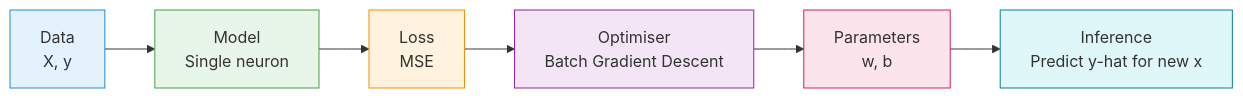
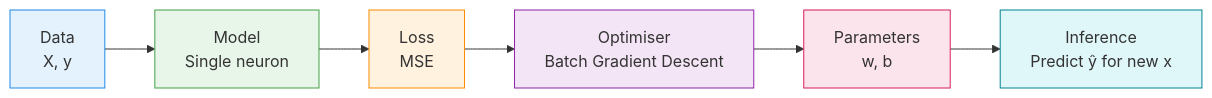
Before and after one commit to arshadhs/arshadhs.github.io: the first of 3 diagrams in content/docs/ai/deep-learning/linear-neural-networks-for-regression.md, drawn with Mermaid. The commit also changed other lines of this file and 1 other file, not shown here.

```diff
--- a/content/docs/ai/deep-learning/linear-neural-networks-for-regression.md
+++ b/content/docs/ai/deep-learning/linear-neural-networks-for-regression.md
@@ -41,16 +41,16 @@
 {{< mermaid >}}
 flowchart LR
   D["Data<br/>X, y"] --> M["Model<br/>Single neuron"]
   M --> L["Loss<br/>MSE"]
   L --> O["Optimiser<br/>Batch Gradient Descent"]
   O --> P["Parameters<br/>w, b"]
-  P --> I["Inference<br/>Predict y-hat for new x"]
+  P --> I["Inference<br/>Predict ŷ for new x"]
 
   %% Pastel colour scheme
   style D fill:#E3F2FD,stroke:#1E88E5,stroke-width:1px
   style M fill:#E8F5E9,stroke:#43A047,stroke-width:1px
   style L fill:#FFF3E0,stroke:#FB8C00,stroke-width:1px
   style O fill:#F3E5F5,stroke:#8E24AA,stroke-width:1px
   style P fill:#FCE4EC,stroke:#D81B60,stroke-width:1px
   style I fill:#E0F7FA,stroke:#00838F,stroke-width:1px
 {{< /mermaid >}}
```
